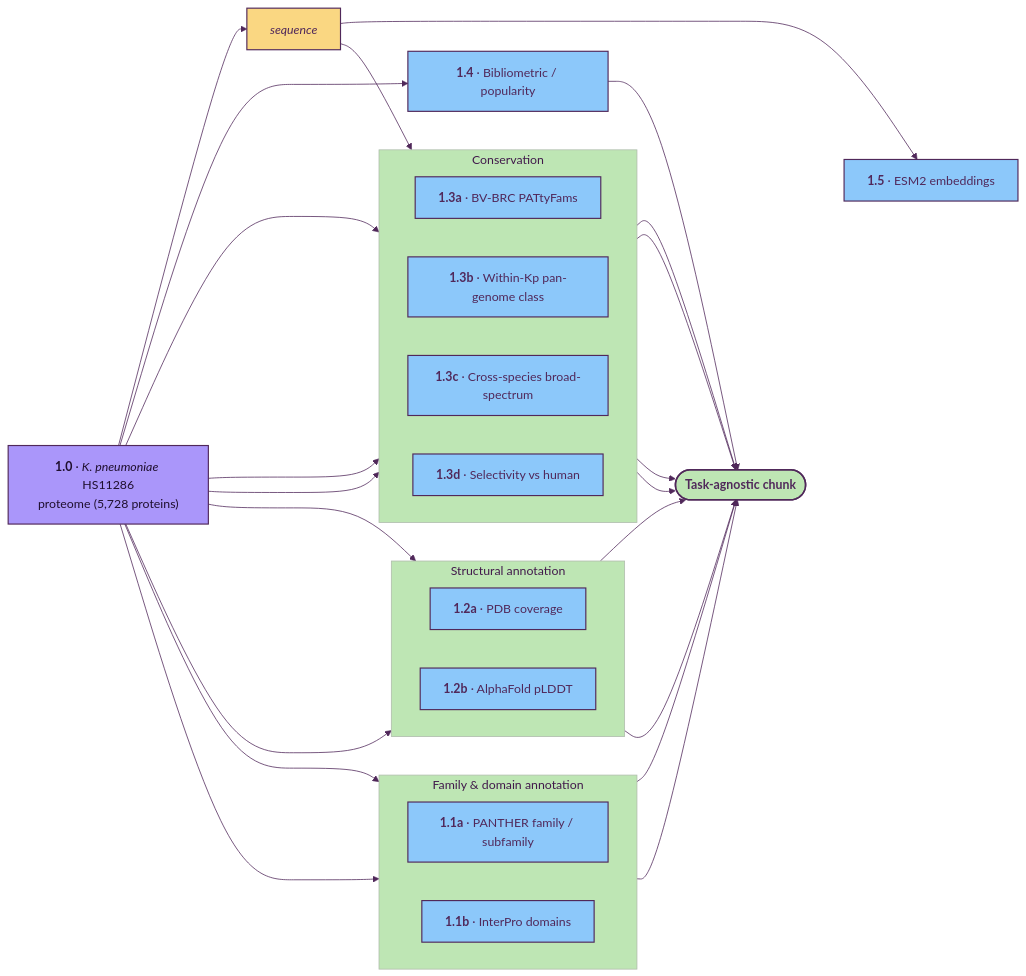
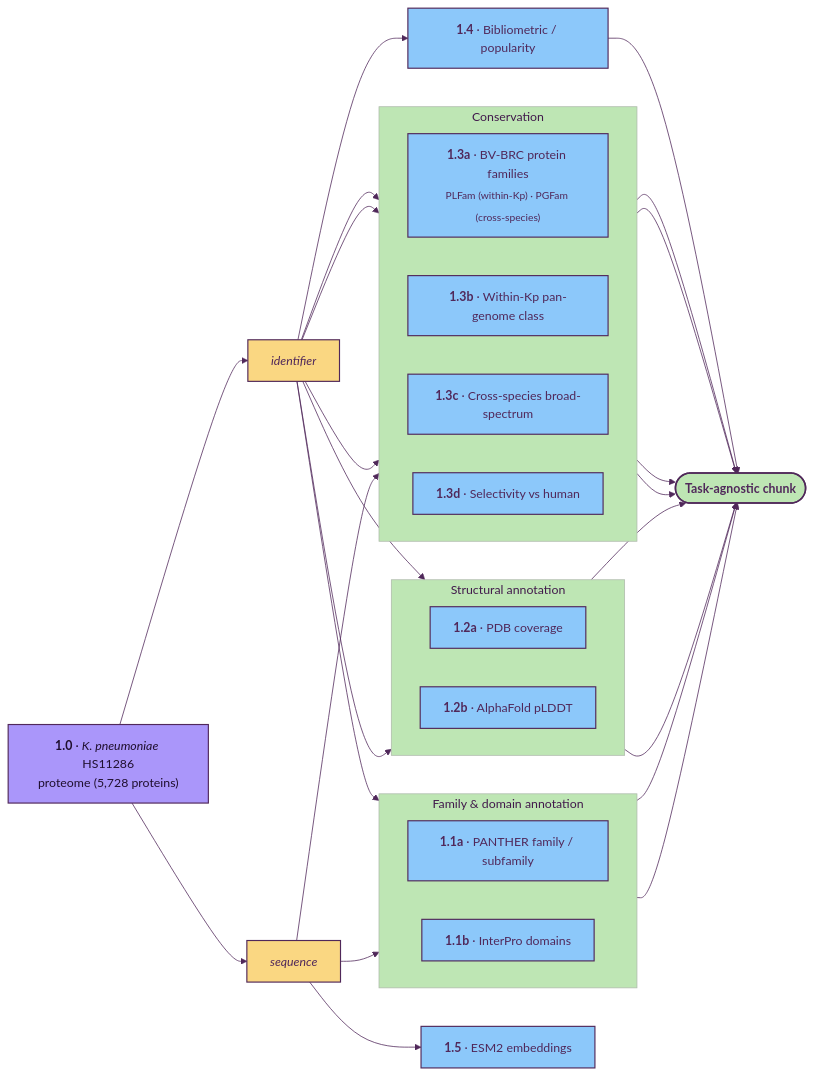
Before and after one commit to ersilia-os/gradi-target-prioritization: the diagram in docs/01_task_agnostic.md, drawn with Mermaid.

Commit message:
diagramming

````diff
--- a/docs/01_task_agnostic.md
+++ b/docs/01_task_agnostic.md
@@ -18,59 +18,59 @@
 ```mermaid
 %%{init: {'theme':'base','themeVariables':{'primaryColor':'#FAD782','primaryBorderColor':'#50285A','primaryTextColor':'#50285A','lineColor':'#50285A','secondaryColor':'#8CC8FA','tertiaryColor':'#BEE6B4','fontFamily':'Inter, system-ui, sans-serif'}}}%%
 flowchart LR
     classDef source    fill:#AA96FA,stroke:#50285A,stroke-width:1.5px,color:#1F0F2E
     classDef dataset   fill:#FAD782,stroke:#50285A,stroke-width:1.5px,color:#50285A
     classDef method    fill:#8CC8FA,stroke:#50285A,stroke-width:1.5px,color:#50285A
     classDef result    fill:#BEE6B4,stroke:#50285A,stroke-width:2px,color:#50285A,font-weight:bold
     classDef tagnostic fill:#DCA0DC,stroke:#50285A,stroke-width:1.5px,color:#50285A
     classDef stub      fill:#FAA08C,stroke:#50285A,stroke-width:1.5px,stroke-dasharray:6 3,color:#50285A
     classDef planned   fill:#D2D2D0,stroke:#7A7A78,stroke-width:1px,stroke-dasharray:5 5,color:#5A5A58
 
     SRC["<b>1.0</b> · <i>K. pneumoniae</i> HS11286<br/>proteome (5,728 proteins)"]:::source
     SEQ["<i>sequence</i>"]:::dataset
+    ID["<i>identifier</i>"]:::dataset
     SRC --> SEQ
+    SRC --> ID
 
     subgraph FAMDOM [" Family &amp; domain annotation "]
         direction LR
         PAN["<b>1.1a</b> · PANTHER family / subfamily"]:::method
         INT["<b>1.1b</b> · InterPro domains"]:::method
     end
-    SRC --> PAN
-    SRC --> INT
+    ID --> PAN
+    SEQ --> INT
 
     subgraph STRUC [" Structural annotation "]
         direction LR
         PDB["<b>1.2a</b> · PDB coverage"]:::method
         AF["<b>1.2b</b> · AlphaFold pLDDT"]:::method
     end
-    SRC --> PDB
-    SRC --> AF
+    ID --> PDB
+    ID --> AF
 
     subgraph CONSERVE [" Conservation "]
         direction LR
-        CONS_IDS["<b>1.3a</b> · BV-BRC PATtyFams"]:::method
+        CONS_IDS["<b>1.3a</b> · BV-BRC protein families<br/><sub>PLFam (within-Kp) · PGFam (cross-species)</sub>"]:::method
         CONS_KP["<b>1.3b</b> · Within-Kp pan-genome class"]:::method
         CONS_XS["<b>1.3c</b> · Cross-species broad-spectrum"]:::method
         CONS_SEL["<b>1.3d</b> · Selectivity vs human"]:::method
     end
-    SRC --> CONS_IDS
-    SRC --> CONS_KP
-    SRC --> CONS_XS
+    ID --> CONS_IDS
+    ID --> CONS_KP
+    ID --> CONS_XS
     SEQ --> CONS_SEL
 
-    SRC --> POP["<b>1.4</b> · Bibliometric / popularity"]:::method
+    ID --> POP["<b>1.4</b> · Bibliometric / popularity"]:::method
+
+    SEQ --> ESM2["<b>1.5</b> · ESM2 embeddings"]:::method
 
     PAN  --> T(["Task-agnostic chunk"]):::result
     INT  --> T
     PDB  --> T
     AF   --> T
     CONS_IDS --> T
     CONS_KP  --> T
     CONS_XS  --> T
     CONS_SEL --> T
     POP  --> T
-
-    ESM2["<b>1.5</b> · ESM2 embeddings"]:::method
-    SEQ --> ESM2
-    T ~~~ ESM2
 ```
````
